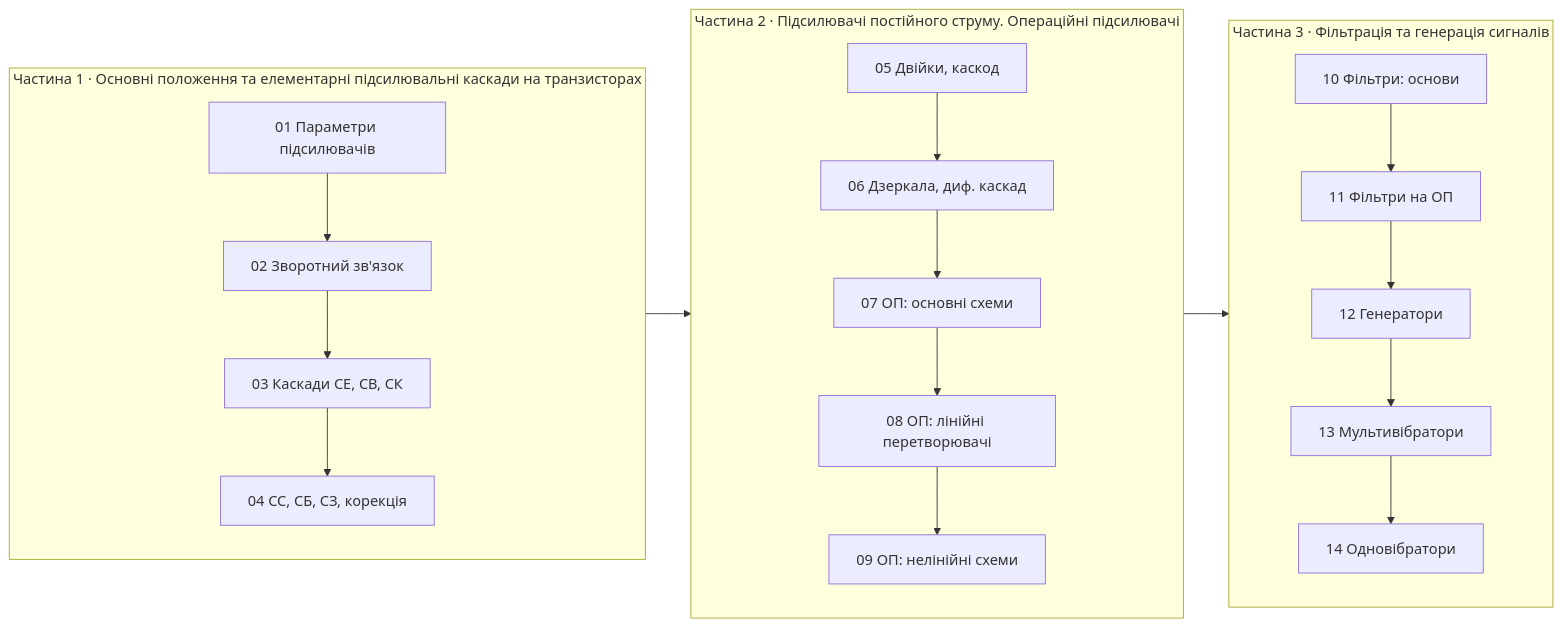
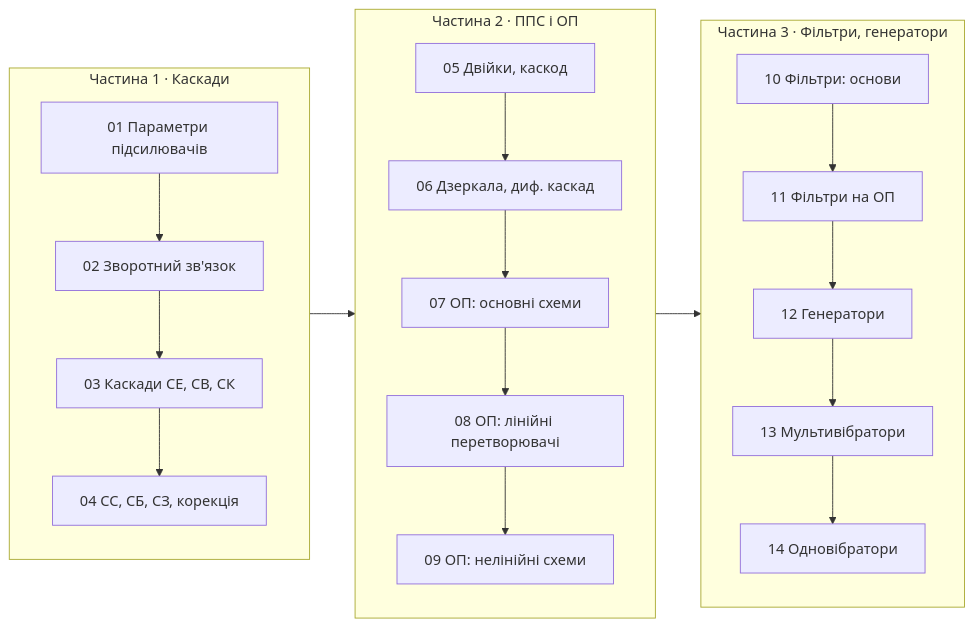
Before and after one commit to vim4all/Lectures_Schematics_of_radio_technical-devices_in_Ukrainian: the diagram in README.md, drawn with Mermaid.

Commit message:
README: shorter part titles in the course map

````diff
--- a/README.md
+++ b/README.md
@@ -56,16 +56,16 @@
 ```mermaid
 flowchart LR
-    subgraph S1["Частина 1 · Основні положення та елементарні підсилювальні каскади на транзисторах"]
+    subgraph S1["Частина 1 · Каскади"]
         direction TB
         T1["01 Параметри підсилювачів"] --> T2["02 Зворотний зв'язок"] --> T3["03 Каскади СЕ, СВ, СК"] --> T4["04 СС, СБ, СЗ, корекція"]
     end
-    subgraph S2["Частина 2 · Підсилювачі постійного струму. Операційні підсилювачі"]
+    subgraph S2["Частина 2 · ППС і ОП"]
         direction TB
         T5["05 Двійки, каскод"] --> T6["06 Дзеркала, диф. каскад"] --> T7["07 ОП: основні схеми"] --> T8["08 ОП: лінійні перетворювачі"] --> T9["09 ОП: нелінійні схеми"]
     end
-    subgraph S3["Частина 3 · Фільтрація та генерація сигналів"]
+    subgraph S3["Частина 3 · Фільтри, генератори"]
         direction TB
         T10["10 Фільтри: основи"] --> T11["11 Фільтри на ОП"] --> T12["12 Генератори"] --> T13["13 Мультивібратори"] --> T14["14 Одновібратори"]
     end
     S1 --> S2 --> S3
 ```
````
